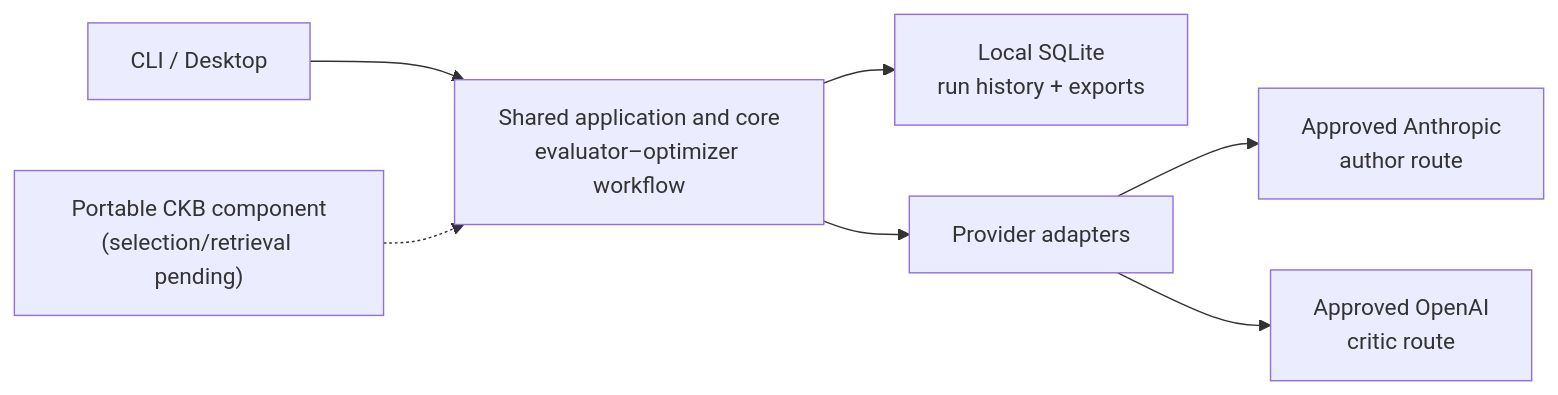
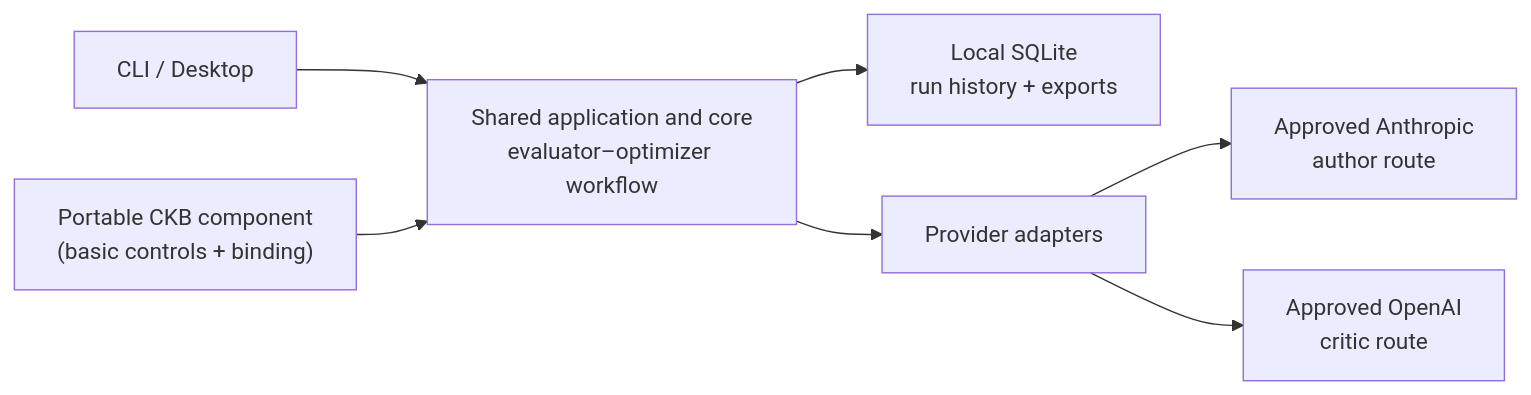
The second of 2 diagrams in README.md (akoita/draft-loop), drawn with Mermaid before and after one commit. The commit also changed other lines of this file and 9 other files, not shown here.

Commit message:
feat(knowledge): expose initial shared CKB controls

````diff
--- a/README.md
+++ b/README.md
@@ -126,9 +139,9 @@
 ```mermaid
 flowchart LR
     UI["CLI / Desktop"] --> Core["Shared application and core<br/>evaluator–optimizer workflow"]
     Core --> Local["Local SQLite<br/>run history + exports"]
     Core --> Adapters["Provider adapters"]
     Adapters --> Anthropic["Approved Anthropic<br/>author route"]
     Adapters --> OpenAI["Approved OpenAI<br/>critic route"]
-    CKB["Portable CKB component<br/>(selection/retrieval pending)"] -.-> Core
+    CKB["Portable CKB component<br/>(basic controls + binding)"] --> Core
 ```
````
